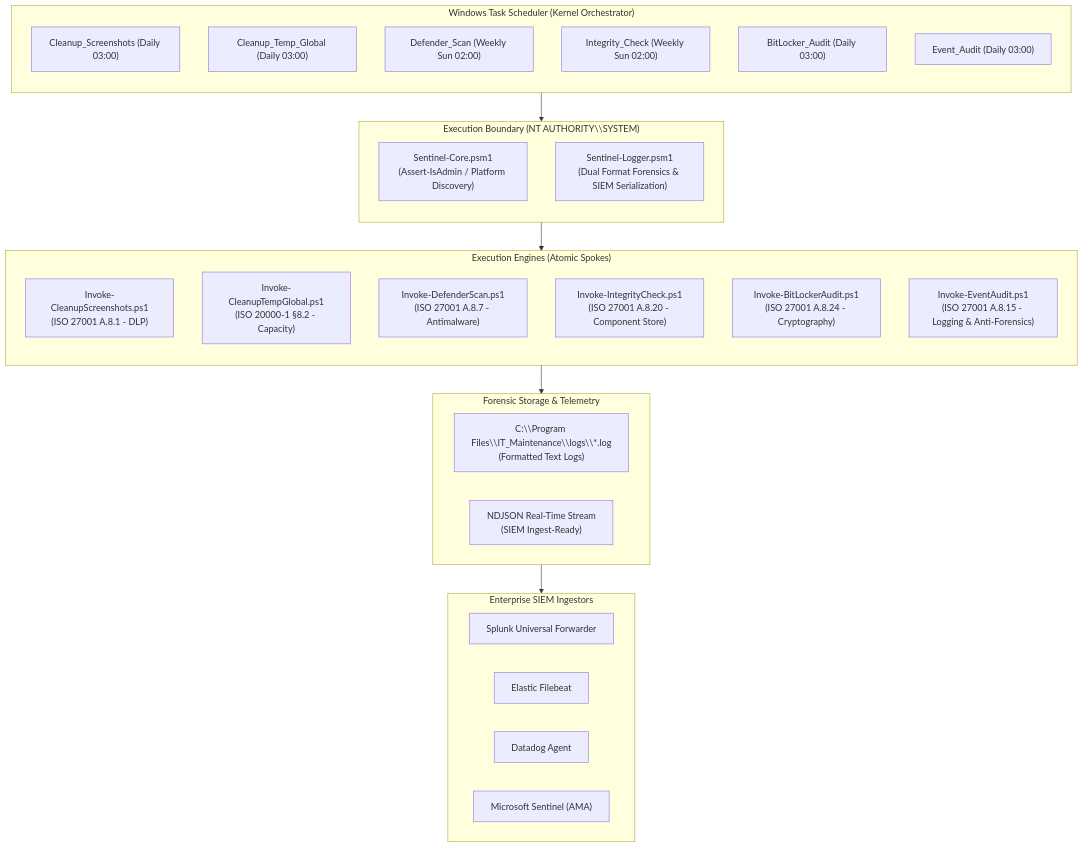
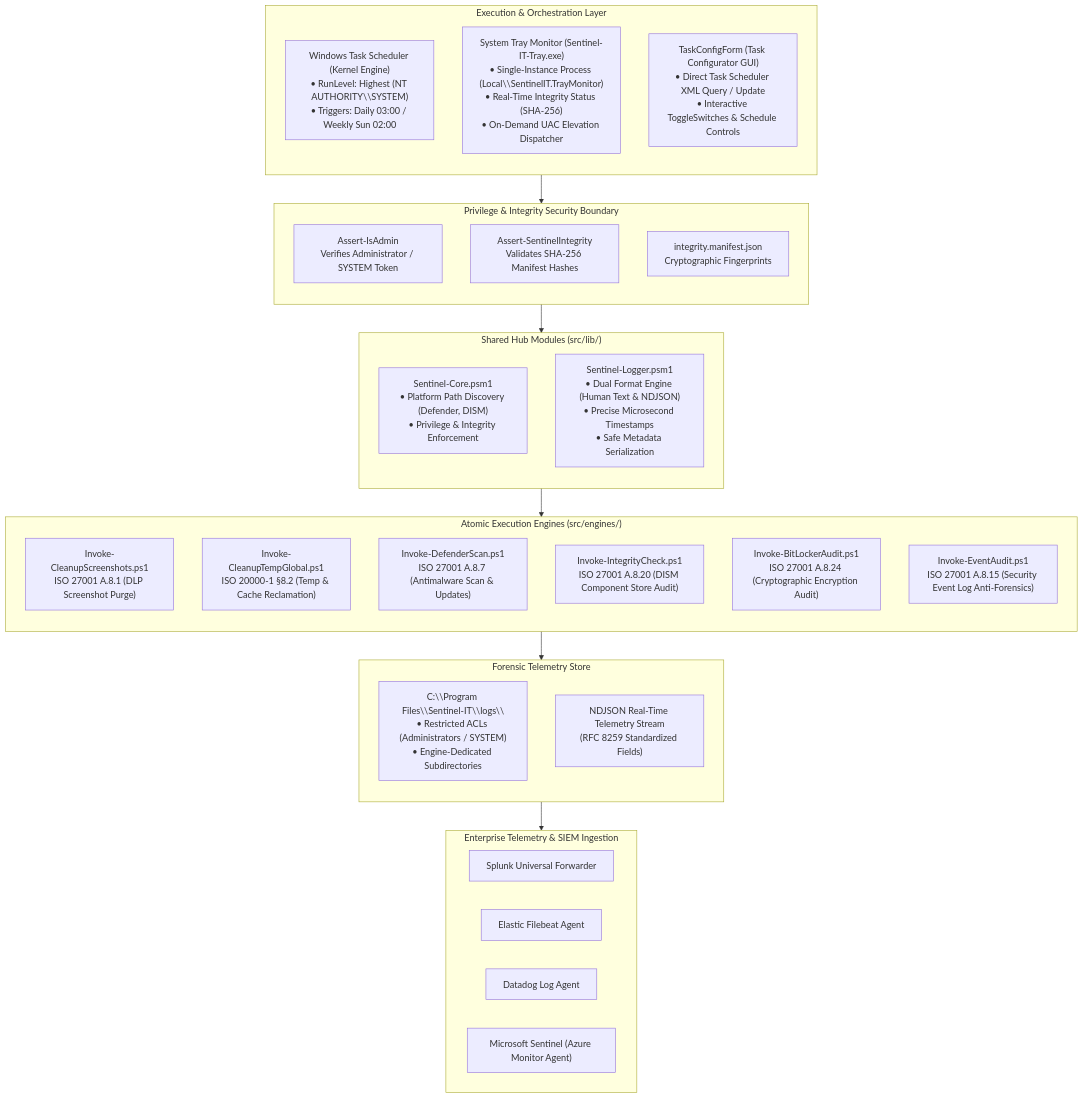
Before and after one commit to isora-cloud-group/Isora-Sentinel: the first of 4 diagrams in docs/ARCHITECTURE.md, drawn with Mermaid. The commit also changed other lines of this file and 34 other files, not shown here.

Commit message:
feat: add Enterprise Endpoint Hygiene and Compliance Suite with automated audit engines and installer tools

````diff
--- a/docs/ARCHITECTURE.md
+++ b/docs/ARCHITECTURE.md
@@ -23,45 +26,51 @@
 ```mermaid
 flowchart TD
-    subgraph Scheduler["Windows Task Scheduler (Kernel Orchestrator)"]
+    subgraph Schedulers["Execution & Orchestration Layer"]
         direction TB
-        T1["Cleanup_Screenshots (Daily 03:00)"]
-        T2["Cleanup_Temp_Global (Daily 03:00)"]
-        T3["Defender_Scan (Weekly Sun 02:00)"]
-        T4["Integrity_Check (Weekly Sun 02:00)"]
-        T5["BitLocker_Audit (Daily 03:00)"]
-        T6["Event_Audit (Daily 03:00)"]
+        TaskSched["Windows Task Scheduler (Kernel Engine)\n• RunLevel: Highest (NT AUTHORITY\\SYSTEM)\n• Triggers: Daily 03:00 / Weekly Sun 02:00"]
+        Tray["System Tray Monitor (Sentinel-IT-Tray.exe)\n• Single-Instance Process (Local\\SentinelIT.TrayMonitor)\n• Real-Time Integrity Status (SHA-256)\n• On-Demand UAC Elevation Dispatcher"]
+        ConfigForm["TaskConfigForm (Task Configurator GUI)\n• Direct Task Scheduler XML Query / Update\n• Interactive ToggleSwitches & Schedule Controls"]
     end
 
-    subgraph SecurityContext["Execution Boundary (NT AUTHORITY\\SYSTEM)"]
+    subgraph SecurityBoundary["Privilege & Integrity Security Boundary"]
         direction TB
-        Core["Sentinel-Core.psm1\n(Assert-IsAdmin / Platform Discovery)"]
-        Logger["Sentinel-Logger.psm1\n(Dual Format Forensics & SIEM Serialization)"]
+        AssertAdmin["Assert-IsAdmin\nVerifies Administrator / SYSTEM Token"]
+        AssertIntegrity["Assert-SentinelIntegrity\nValidates SHA-256 Manifest Hashes"]
+        Manifest["integrity.manifest.json\nCryptographic Fingerprints"]
     end
 
-    subgraph Engines["Execution Engines (Atomic Spokes)"]
+    subgraph CentralHub["Shared Hub Modules (src/lib/)"]
         direction TB
-        E1["Invoke-CleanupScreenshots.ps1\n(ISO 27001 A.8.1 - DLP)"]
-        E2["Invoke-CleanupTempGlobal.ps1\n(ISO 20000-1 §8.2 - Capacity)"]
-        E3["Invoke-DefenderScan.ps1\n(ISO 27001 A.8.7 - Antimalware)"]
-        E4["Invoke-IntegrityCheck.ps1\n(ISO 27001 A.8.20 - Component Store)"]
-        E5["Invoke-BitLockerAudit.ps1\n(ISO 27001 A.8.24 - Cryptography)"]
-        E6["Invoke-EventAudit.ps1\n(ISO 27001 A.8.15 - Logging & Anti-Forensics)"]
+        Core["Sentinel-Core.psm1\n• Platform Path Discovery (Defender, DISM)\n• Privilege & Integrity Enforcement"]
+        Logger["Sentinel-Logger.psm1\n• Dual Format Engine (Human Text & NDJSON)\n• Precise Microsecond Timestamps\n• Safe Metadata Serialization"]
     end
 
-    subgraph Storage["Forensic Storage & Telemetry"]
-        LogsText["C:\\Program Files\\IT_Maintenance\\logs\\*.log\n(Formatted Text Logs)"]
-        LogsJSON["NDJSON Real-Time Stream\n(SIEM Ingest-Ready)"]
+    subgraph ExecutionSpokes["Atomic Execution Engines (src/engines/)"]
+        direction TB
+        E1["Invoke-CleanupScreenshots.ps1\nISO 27001 A.8.1 (DLP Screenshot Purge)"]
+        E2["Invoke-CleanupTempGlobal.ps1\nISO 20000-1 §8.2 (Temp & Cache Reclamation)"]
+        E3["Invoke-DefenderScan.ps1\nISO 27001 A.8.7 (Antimalware Scan & Updates)"]
+        E4["Invoke-IntegrityCheck.ps1\nISO 27001 A.8.20 (DISM Component Store Audit)"]
+        E5["Invoke-BitLockerAudit.ps1\nISO 27001 A.8.24 (Cryptographic Encryption Audit)"]
+        E6["Invoke-EventAudit.ps1\nISO 27001 A.8.15 (Security Event Log Anti-Forensics)"]
     end
 
-    subgraph SIEM["Enterprise SIEM Ingestors"]
-        Splunk["Splunk Universal Forwarder"]
-        Elastic["Elastic Filebeat"]
-        Datadog["Datadog Agent"]
-        Sentinel["Microsoft Sentinel (AMA)"]
+    subgraph LocalStorage["Forensic Telemetry Store"]
+        direction TB
+        LogsDir["C:\\Program Files\\Sentinel-IT\\logs\\\n• Restricted ACLs (Administrators / SYSTEM)\n• Engine-Dedicated Subdirectories"]
+        NDJSONStream["NDJSON Real-Time Telemetry Stream\n(RFC 8259 Standardized Fields)"]
     end
 
-    Scheduler --> SecurityContext
-    SecurityContext --> Engines
-    Engines --> Storage
-    Storage --> SIEM
+    subgraph SIEMLayer["Enterprise Telemetry & SIEM Ingestion"]
+        Splunk["Splunk Universal Forwarder"]
+        Elastic["Elastic Filebeat Agent"]
+        Datadog["Datadog Log Agent"]
+        Sentinel["Microsoft Sentinel (Azure Monitor Agent)"]
+    end
+
+    Schedulers --> SecurityBoundary
+    SecurityBoundary --> CentralHub
+    CentralHub --> ExecutionSpokes
+    ExecutionSpokes --> LocalStorage
+    LocalStorage --> SIEMLayer
 ```
````
